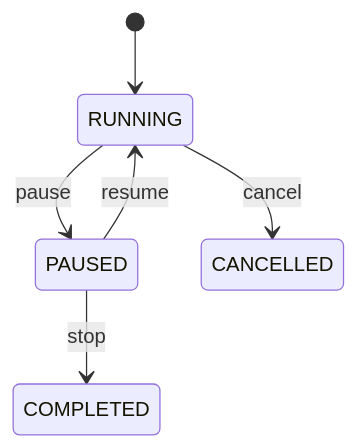
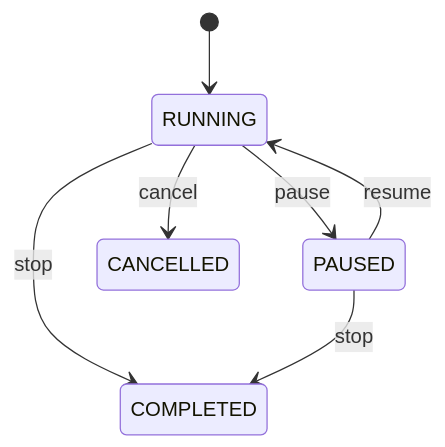
The second of 2 diagrams in docs/guides/timer.ko.md (onprem-hipster-timer/backend), drawn with Mermaid before and after one commit. The commit also changed other lines of this file and 7 other files, not shown here.

````diff
--- a/docs/guides/timer.ko.md
+++ b/docs/guides/timer.ko.md
@@ -958,8 +533,9 @@
 ```mermaid
 stateDiagram-v2
     [*] --> RUNNING
     RUNNING --> PAUSED: pause
     PAUSED --> RUNNING: resume
+    RUNNING --> COMPLETED: stop
     PAUSED --> COMPLETED: stop
     RUNNING --> CANCELLED: cancel
 ```
````
